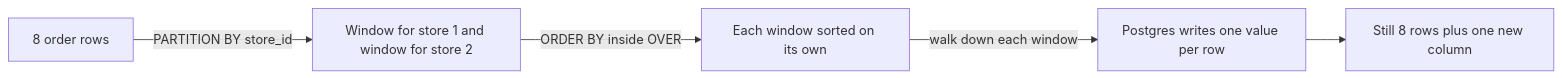
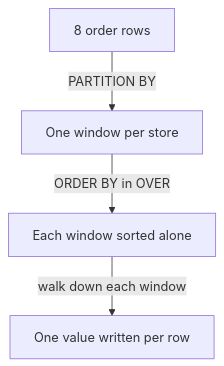
The second of 4 diagrams in learn/database/05-window-functions.md (starjustice/research-material), drawn with Mermaid before and after one commit. The commit also changed other lines of this file, not shown here.

Commit message:
Reshape Database lesson 05 (Window functions) into short cards with guess bars and blue More detail bars

````diff
--- a/learn/database/05-window-functions.md
+++ b/learn/database/05-window-functions.md
@@ -28,7 +98,6 @@
 ```mermaid
-graph LR
-    A["8 order rows"] -->|PARTITION BY store_id| B["Window for store 1 and window for store 2"]
-    B -->|ORDER BY inside OVER| C["Each window sorted on its own"]
-    C -->|walk down each window| D["Postgres writes one value per row"]
-    D --> E["Still 8 rows plus one new column"]
+graph TB
+    A["8 order rows"] -->|PARTITION BY| B["One window per store"]
+    B -->|ORDER BY in OVER| C["Each window sorted alone"]
+    C -->|walk down each window| D["One value written per row"]
 ```
````
